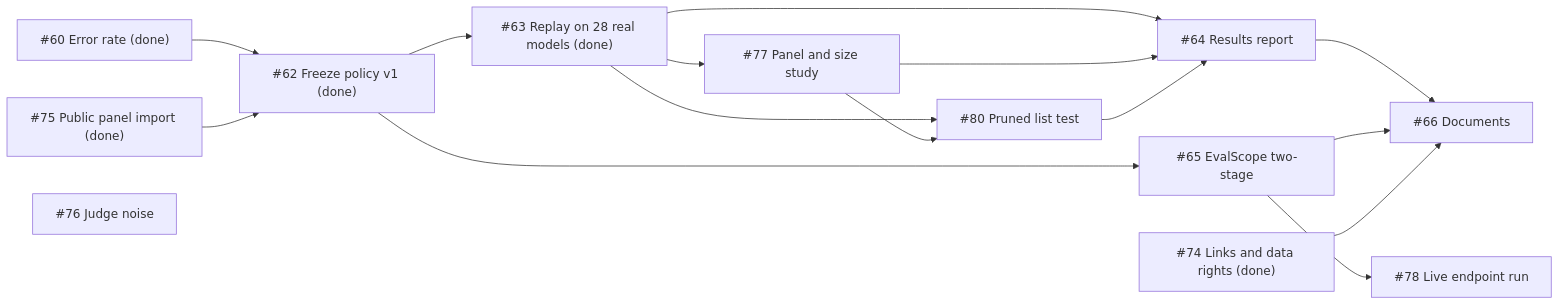
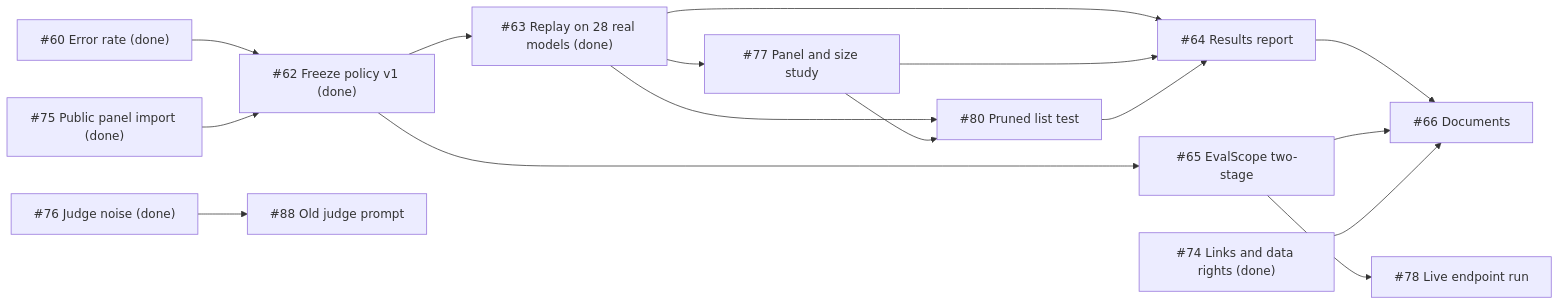
The third of 3 diagrams in README.md (sdv1708/ai-model-benchmark), drawn with Mermaid before and after one commit. The commit also changed other lines of this file and 31 other files, not shown here.

First line of the commit message:
Measure the AA-LCR judge noise on the saved answers (#76) (#87)

````diff
--- a/README.md
+++ b/README.md
@@ -703,18 +709,18 @@
 ```mermaid
 flowchart LR
     I60["#60 Error rate (done)"] --> I62["#62 Freeze policy v1 (done)"]
     I75["#75 Public panel import (done)"] --> I62
     I62 --> I63["#63 Replay on 28 real models (done)"]
     I62 --> I65["#65 EvalScope two-stage"]
     I63 --> I77["#77 Panel and size study"]
     I63 --> I80["#80 Pruned list test"]
     I77 --> I80
     I65 --> I78["#78 Live endpoint run"]
     I63 --> I64["#64 Results report"]
     I77 --> I64
     I80 --> I64
     I64 --> I66["#66 Documents"]
     I65 --> I66
     I74["#74 Links and data rights (done)"] --> I66
-    I76["#76 Judge noise"]
+    I76["#76 Judge noise (done)"] --> I88["#88 Old judge prompt"]
 ```
````
